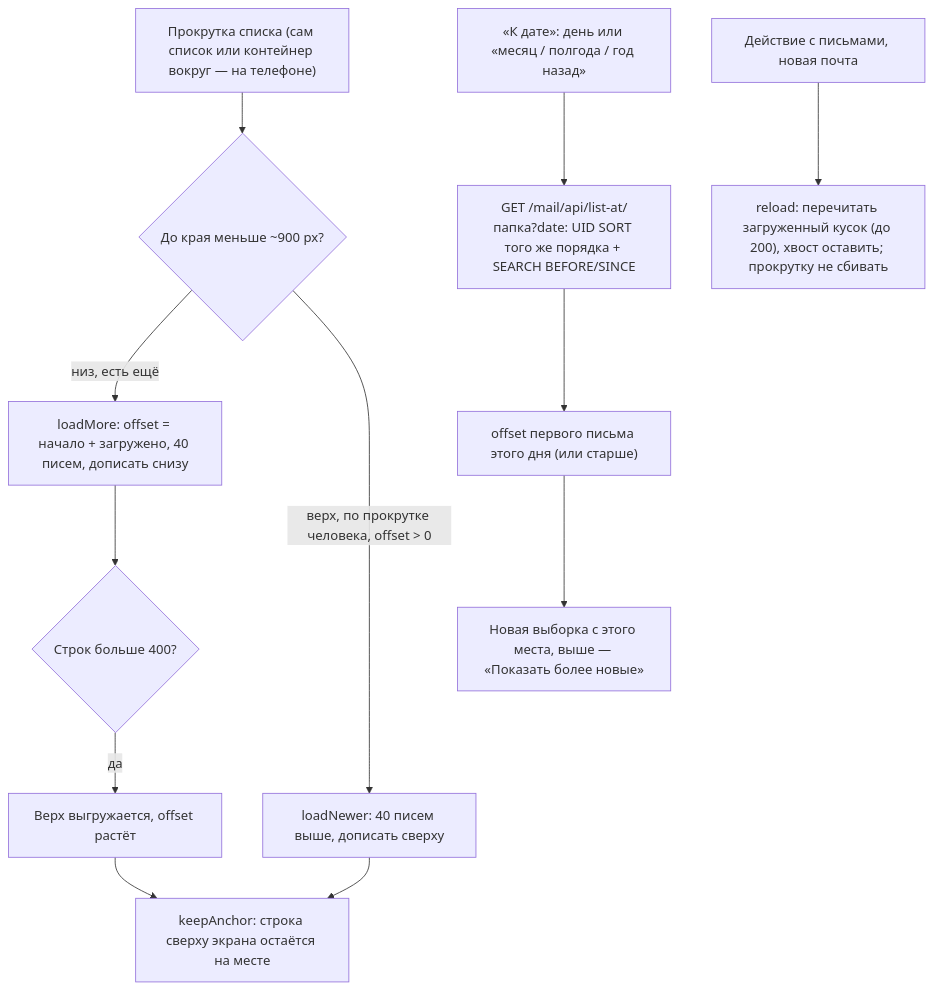
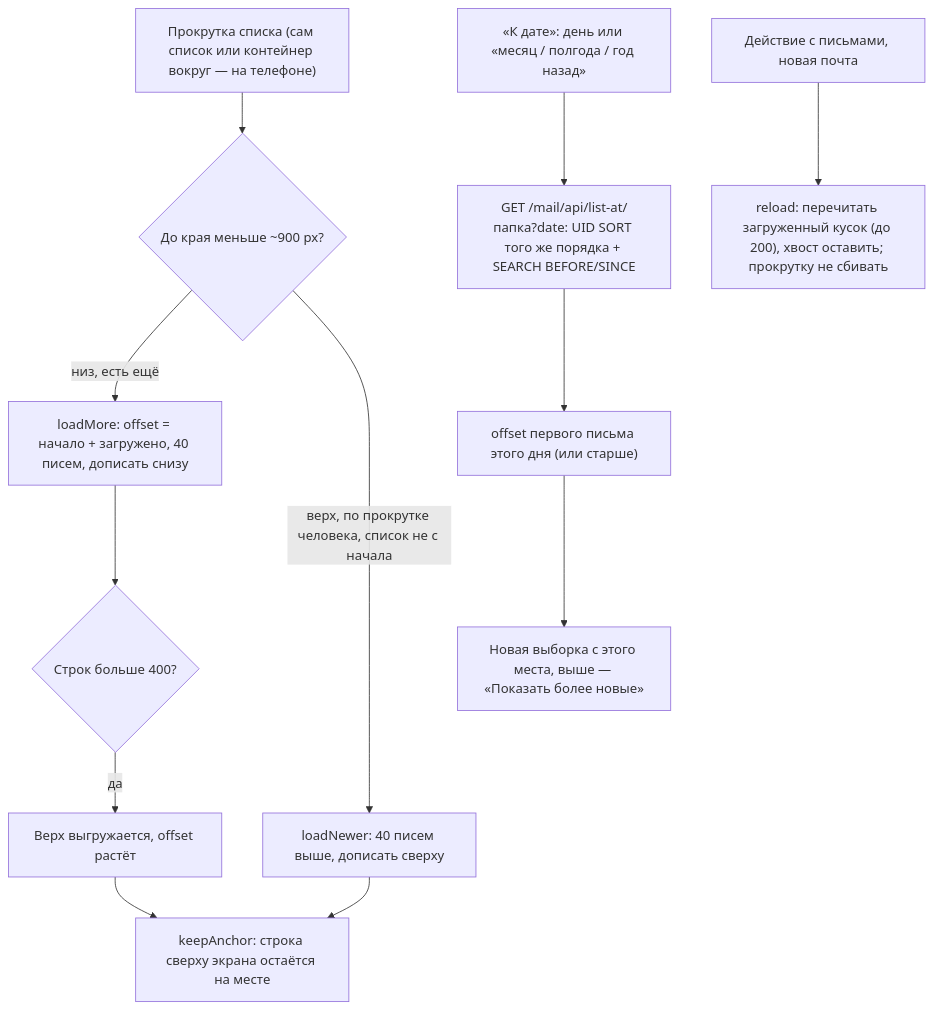
Before and after one commit to crowartie/mailadmin: the second of 3 diagrams in docs/processes/mailbox-view.md, drawn with Mermaid.

Commit message:
Документация: подпись стрелки без знака >

````diff
--- a/docs/processes/mailbox-view.md
+++ b/docs/processes/mailbox-view.md
@@ -33,14 +33,14 @@
 ```mermaid
 flowchart TD
     SC["Прокрутка списка (сам список или контейнер вокруг — на телефоне)"] --> E{"До края меньше ~900 px?"}
     E -->|низ, есть ещё| MORE["loadMore: offset = начало + загружено, 40 писем, дописать снизу"]
-    E -->|верх, по прокрутке человека, offset > 0| NEW["loadNewer: 40 писем выше, дописать сверху"]
+    E -->|верх, по прокрутке человека, список не с начала| NEW["loadNewer: 40 писем выше, дописать сверху"]
     MORE --> W{"Строк больше 400?"}
     W -->|да| TRIM["Верх выгружается, offset растёт"]
     NEW --> ANC
     TRIM --> ANC["keepAnchor: строка сверху экрана остаётся на месте"]
     J["«К дате»: день или «месяц / полгода / год назад»"] --> AT["GET /mail/api/list-at/папка?date: UID SORT того же порядка + SEARCH BEFORE/SINCE"]
     AT --> OFF["offset первого письма этого дня (или старше)"]
     OFF --> LOAD["Новая выборка с этого места, выше — «Показать более новые»"]
     R["Действие с письмами, новая почта"] --> RE["reload: перечитать загруженный кусок (до 200), хвост оставить; прокрутку не сбивать"]
 ```
````
